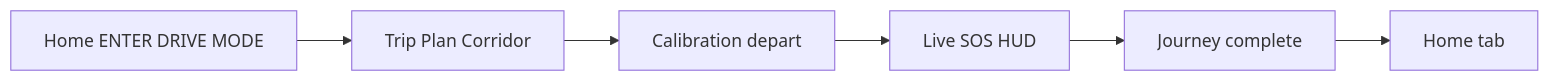
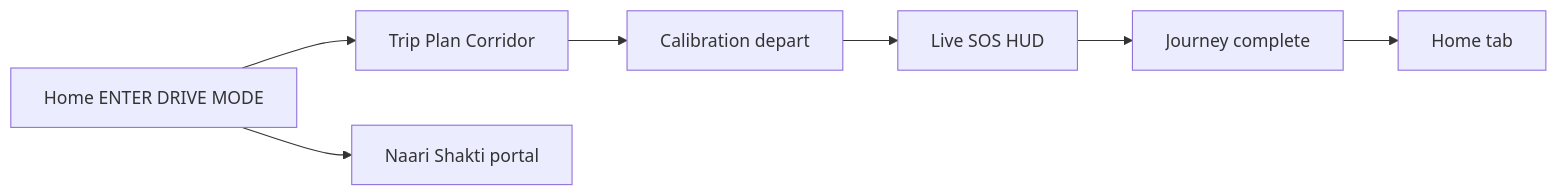
The first of 3 diagrams in README.md (Stormynubee/novadrive), drawn with Mermaid before and after one commit. The commit also changed other lines of this file and 40 other files, not shown here.

First line of the commit message:
feat(mobile): add Naari Shakti women's safety portal

````diff
--- a/README.md
+++ b/README.md
@@ -46,8 +47,9 @@
 ```mermaid
 flowchart LR
   Home["Home ENTER DRIVE MODE"] --> Trip["Trip Plan Corridor"]
   Trip --> Calibrate["Calibration depart"]
   Calibrate --> HUD["Live SOS HUD"]
   HUD --> Complete["Journey complete"]
   Complete --> Home2["Home tab"]
+  Home --> Naari["Naari Shakti portal"]
 ```
````
